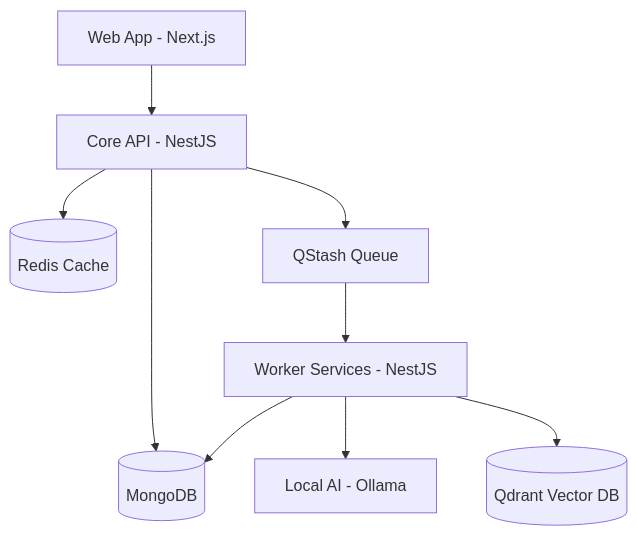
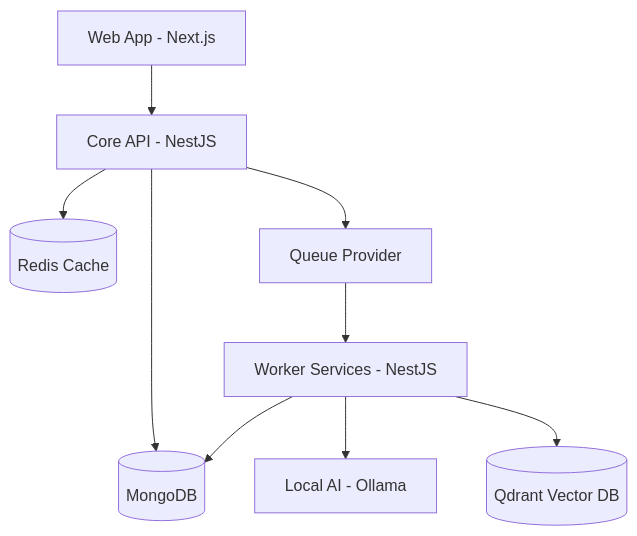
One commit to meet-eaysin/dev.me changed the diagram in README.md. Above: the diagram before and after it, drawn with Mermaid. The commit also changed other lines of this file and 49 other files, not shown here.

Commit message:
feat: introduce a generic queue abstraction with QStash and HTTP providers, replacing direct QStash usage.

````diff
--- a/README.md
+++ b/README.md
@@ -15,12 +15,12 @@
 ```mermaid
 graph TD
     Client[Web App - Next.js] --> API[Core API - NestJS]
     API --> DB[(MongoDB)]
     API --> Cache[(Redis Cache)]
-    API --> Queue[QStash Queue]
+    API --> Queue[Queue Provider]
 
     Queue --> Worker[Worker Services - NestJS]
     Worker --> DB
     Worker --> AI[Local AI - Ollama]
     Worker --> VectorDB[(Qdrant Vector DB)]
 ```
````
